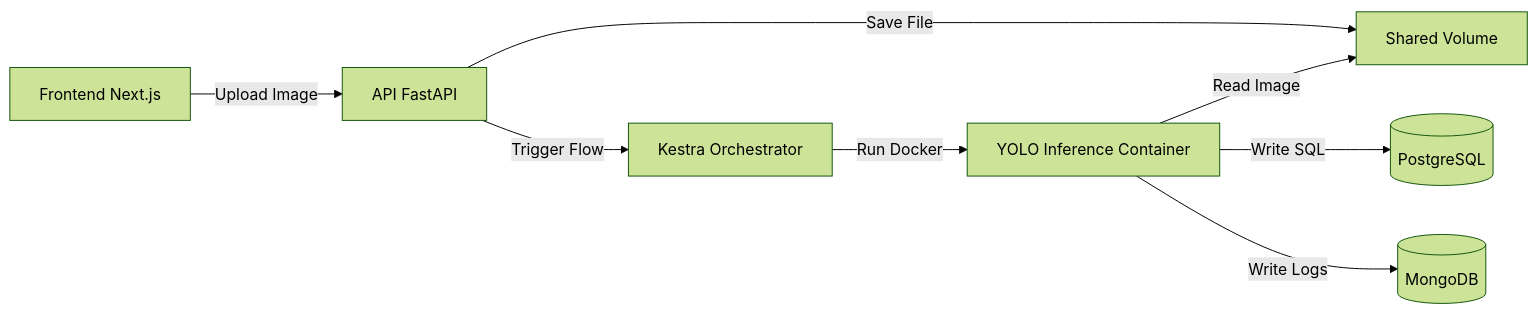
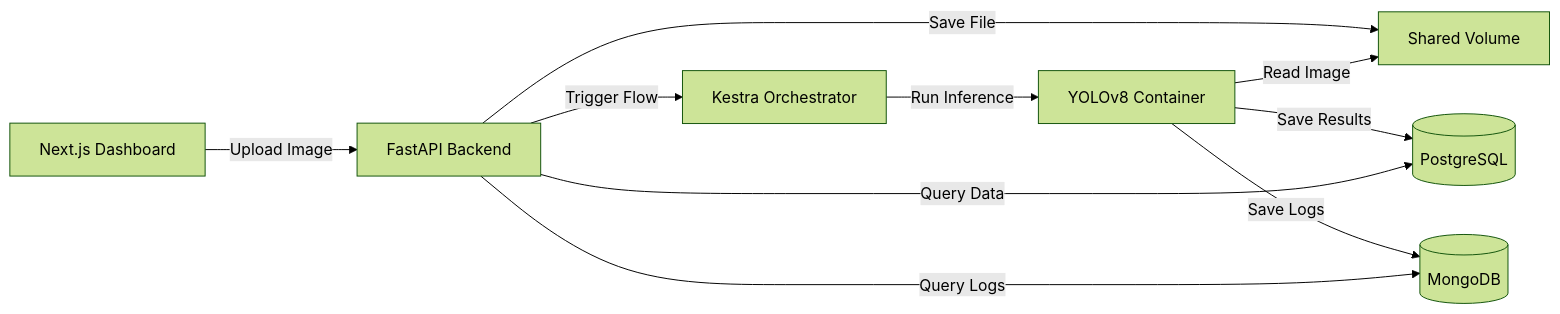
The diagram in README.md (p3dru/teste_tecnico_inforgeneses), drawn with Mermaid (forest theme) before and after one commit. The commit also changed other lines of this file, not shown here.

````diff
--- a/README.md
+++ b/README.md
@@ -112,10 +58,12 @@
 ```mermaid
 graph LR
-    A[Frontend Next.js] -->|Upload Image| B[API FastAPI]
+    A[Next.js Dashboard] -->|Upload Image| B[FastAPI Backend]
     B -->|Save File| C[Shared Volume]
     B -->|Trigger Flow| D[Kestra Orchestrator]
-    D -->|Run Docker| E[YOLO Inference Container]
+    D -->|Run Inference| E[YOLOv8 Container]
     E -->|Read Image| C
-    E -->|Write SQL| F[(PostgreSQL)]
-    E -->|Write Logs| G[(MongoDB)]
+    E -->|Save Results| F[(PostgreSQL)]
+    E -->|Save Logs| G[(MongoDB)]
+    B -->|Query Data| F
+    B -->|Query Logs| G
 ```
````
